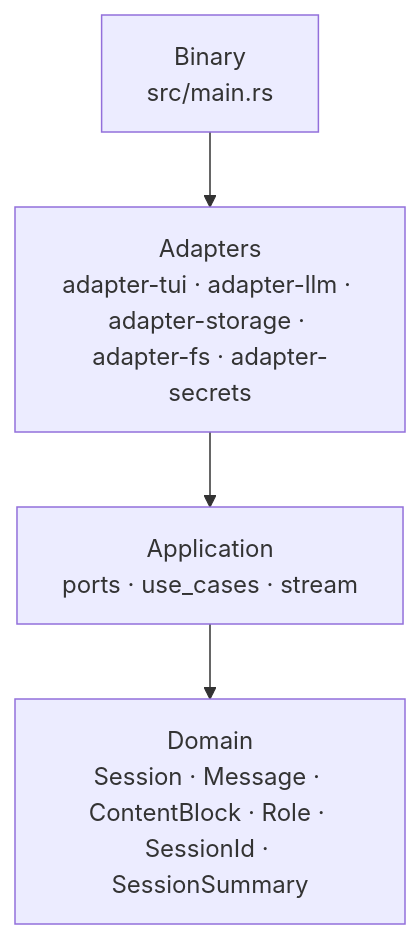
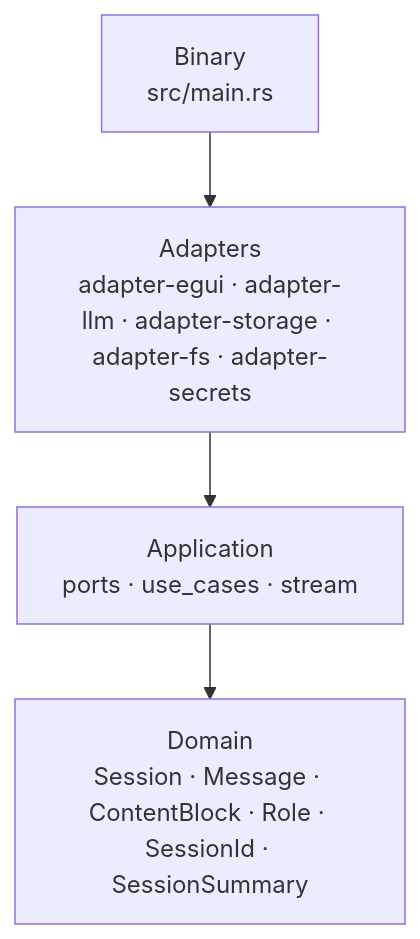
One commit to kkestell/ox-rs changed the first of 3 diagrams in AGENTS.md. Above: the diagram before and after it, drawn with Mermaid. The commit also changed other lines of this file and 7 other files, not shown here.

First line of the commit message:
Replace TUI adapter with egui desktop GUI

````diff
--- a/AGENTS.md
+++ b/AGENTS.md
@@ -49,11 +50,11 @@
 ```mermaid
 flowchart TB
     main["Binary<br/>src/main.rs"]
-    adapters["Adapters<br/>adapter-tui · adapter-llm · adapter-storage · adapter-fs · adapter-secrets"]
+    adapters["Adapters<br/>adapter-egui · adapter-llm · adapter-storage · adapter-fs · adapter-secrets"]
     app["Application<br/>ports · use_cases · stream"]
     domain["Domain<br/>Session · Message · ContentBlock · Role · SessionId · SessionSummary"]
 
     main --> adapters
     adapters --> app
     app --> domain
 ```
````
